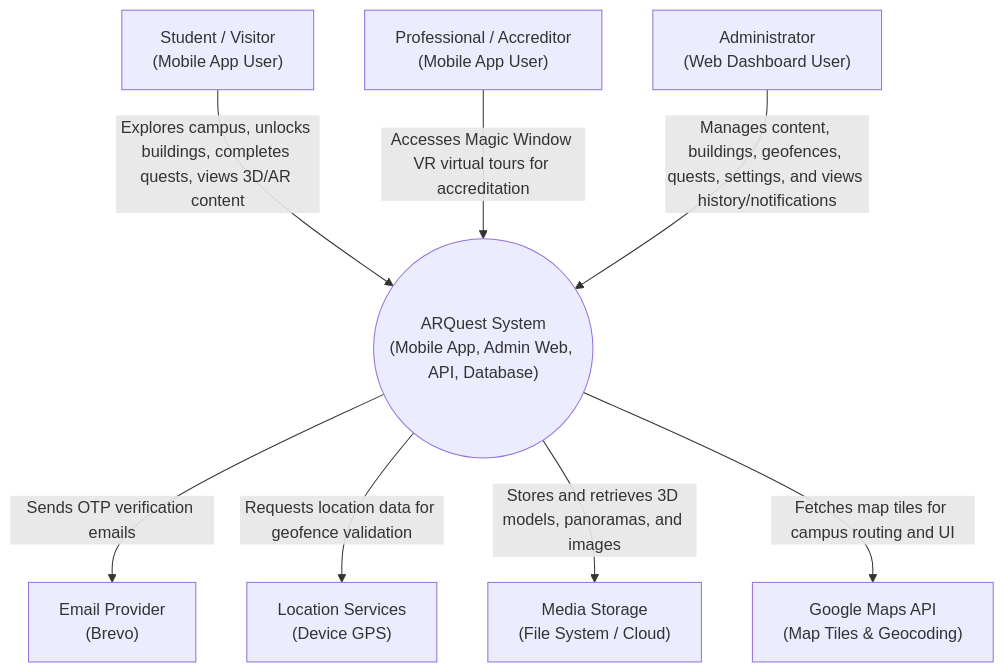
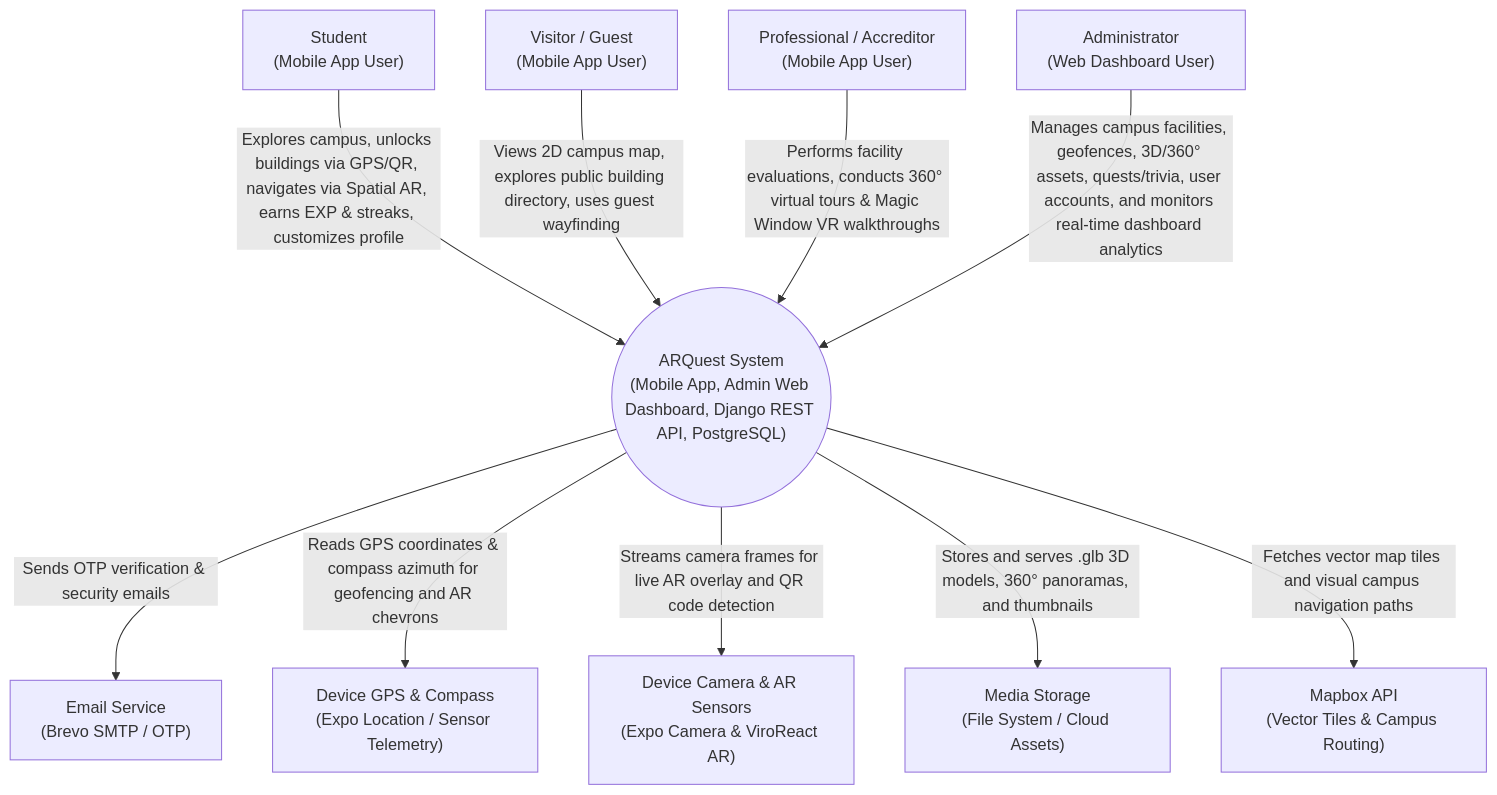
The diagram in context-diagram.md (Cipher-Syntax/ARQuest), drawn with Mermaid before and after one commit. The commit also changed other lines of this file and 10 other files, not shown here.

Commit message:
feat(web): redesign Admin Dashboard with real-time KPIs, foot traffic charts, and content coverage; synchronize all 9 system architecture docs

````diff
--- a/context-diagram.md
+++ b/context-diagram.md
@@ -11,26 +11,37 @@
 ```mermaid
 graph TD
     %% Actors
-    Student["Student / Visitor<br/>(Mobile App User)"]
+    Student["Student<br/>(Mobile App User)"]
+    Visitor["Visitor / Guest<br/>(Mobile App User)"]
     Prof["Professional / Accreditor<br/>(Mobile App User)"]
     Admin["Administrator<br/>(Web Dashboard User)"]
 
     %% Core System
-    ARQuest(("ARQuest System<br/>(Mobile App, Admin Web, API, Database)"))
+    ARQuest(("ARQuest System<br/>(Mobile App, Admin Web Dashboard, Django REST API, PostgreSQL)"))
 
-    %% External Systems
-    EmailSvc["Email Provider<br/>(Brevo)"]
-    GPSSvc["Location Services<br/>(Device GPS)"]
-    MediaSvc["Media Storage<br/>(File System / Cloud)"]
-    MapsSvc["Google Maps API<br/>(Map Tiles & Geocoding)"]
+    %% External Systems & Device Services
+    EmailSvc["Email Service<br/>(Brevo SMTP / OTP)"]
+    GPSSvc["Device GPS & Compass<br/>(Expo Location / Sensor Telemetry)"]
+    CamSvc["Device Camera & AR Sensors<br/>(Expo Camera & ViroReact AR)"]
+    MediaSvc["Media Storage<br/>(File System / Cloud Assets)"]
+    MapsSvc["Mapbox API<br/>(Vector Tiles & Campus Routing)"]
 
-    %% Interactions
-    Student -- "Explores campus, unlocks buildings, completes quests, views 3D/AR content" --> ARQuest
-    Prof -- "Accesses Magic Window VR virtual tours for accreditation" --> ARQuest
-    Admin -- "Manages content, buildings, geofences, quests, settings, and views history/notifications" --> ARQuest
+    %% Student Interactions
+    Student -- "Explores campus, unlocks buildings via GPS/QR, navigates via Spatial AR, earns EXP & streaks, customizes profile" --> ARQuest
+    
+    %% Visitor Interactions
+    Visitor -- "Views 2D campus map, explores public building directory, uses guest wayfinding" --> ARQuest
+    
+    %% Professional Interactions
+    Prof -- "Performs facility evaluations, conducts 360° virtual tours & Magic Window VR walkthroughs" --> ARQuest
+    
+    %% Admin Interactions
+    Admin -- "Manages campus facilities, geofences, 3D/360° assets, quests/trivia, user accounts, and monitors real-time dashboard analytics" --> ARQuest
 
-    ARQuest -- "Sends OTP verification emails" --> EmailSvc
-    ARQuest -- "Requests location data for geofence validation" --> GPSSvc
-    ARQuest -- "Stores and retrieves 3D models, panoramas, and images" --> MediaSvc
-    ARQuest -- "Fetches map tiles for campus routing and UI" --> MapsSvc
+    %% System to External Interactions
+    ARQuest -- "Sends OTP verification & security emails" --> EmailSvc
+    ARQuest -- "Reads GPS coordinates & compass azimuth for geofencing and AR chevrons" --> GPSSvc
+    ARQuest -- "Streams camera frames for live AR overlay and QR code detection" --> CamSvc
+    ARQuest -- "Stores and serves .glb 3D models, 360° panoramas, and thumbnails" --> MediaSvc
+    ARQuest -- "Fetches vector map tiles and visual campus navigation paths" --> MapsSvc
 ```
````
